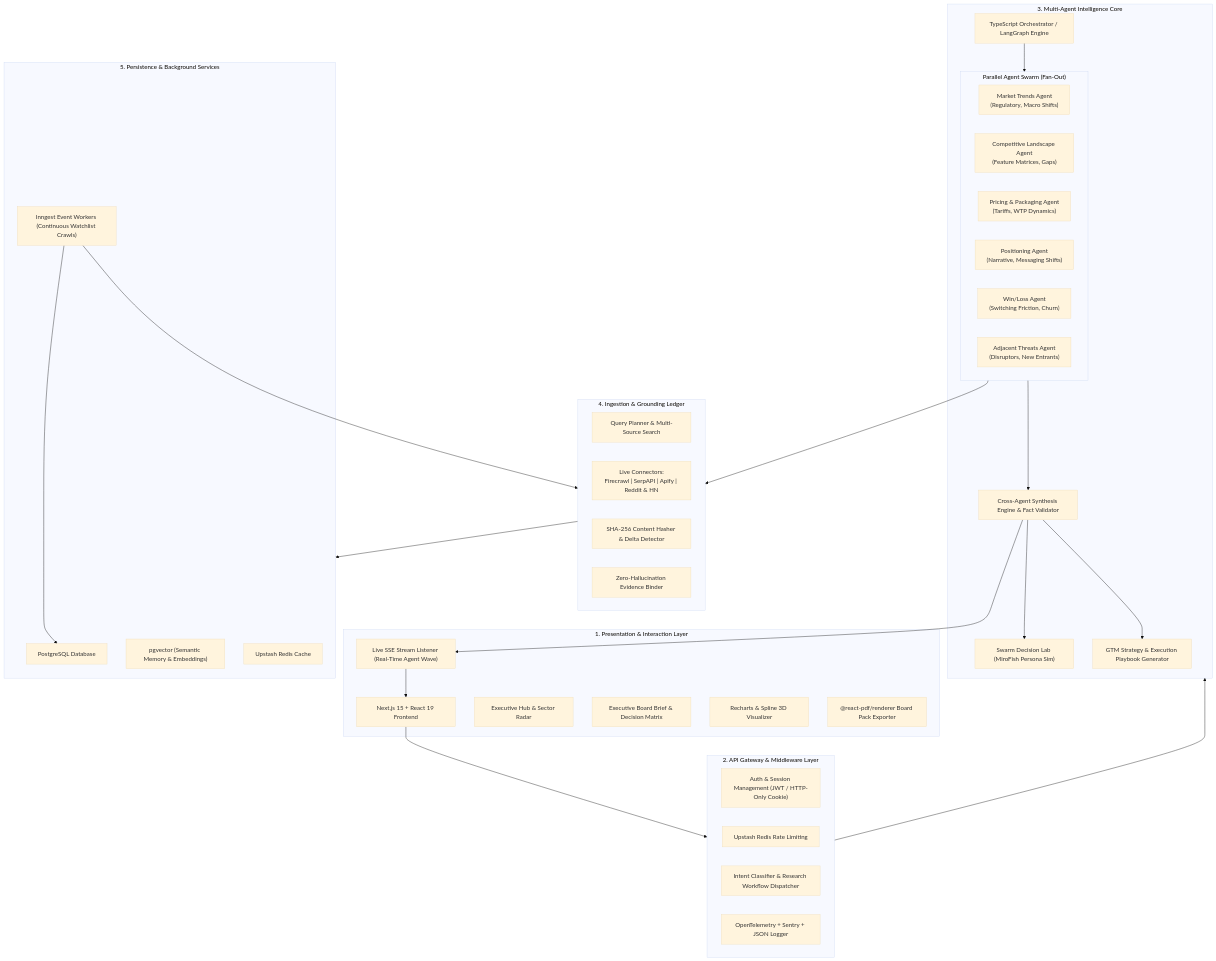
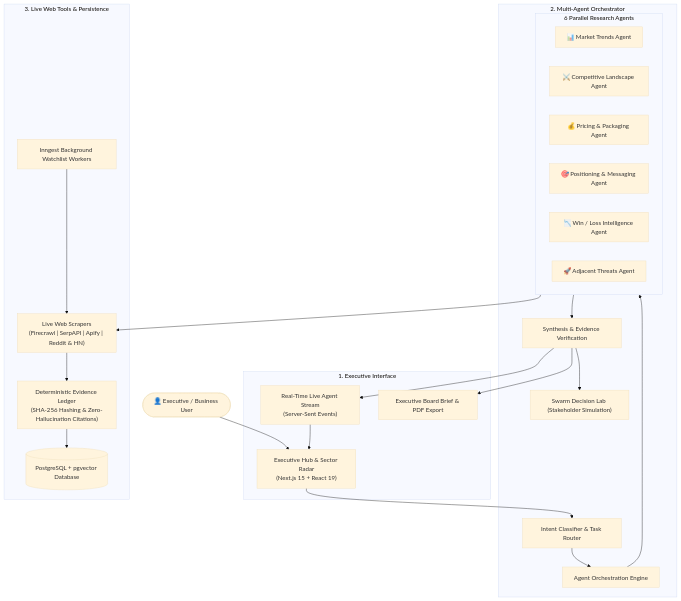
Before and after one commit to Pasidu-Mihiranga/Veracity: the diagram in README.md, drawn with Mermaid (base theme). The commit also changed other lines of this file, not shown here.

````diff
--- a/README.md
+++ b/README.md
@@ -80,63 +45,43 @@
 ```mermaid
-flowchart TB
-    subgraph PresentationLayer["1. Presentation & Interaction Layer"]
-        UI["Next.js 15 + React 19 Frontend"]
-        DASH["Executive Hub & Sector Radar"]
-        BOARD["Executive Board Brief & Decision Matrix"]
-        SSE_CLIENT["Live SSE Stream Listener (Real-Time Agent Wave)"]
-        CHARTS["Recharts & Spline 3D Visualizer"]
-        PDF["@react-pdf/renderer Board Pack Exporter"]
+flowchart TD
+    User(["👤 Executive / Business User"])
+
+    subgraph UI ["1. Executive Interface"]
+        Hub["Executive Hub & Sector Radar\n(Next.js 15 + React 19)"]
+        Stream["Real-Time Live Agent Stream\n(Server-Sent Events)"]
+        Export["Executive Board Brief & PDF Export"]
     end
 
-    subgraph APIGateway["2. API Gateway & Middleware Layer"]
-        AUTH["Auth & Session Management (JWT / HTTP-Only Cookie)"]
-        RATE["Upstash Redis Rate Limiting"]
-        ROUTER["Intent Classifier & Research Workflow Dispatcher"]
-        OBS["OpenTelemetry + Sentry + JSON Logger"]
+    subgraph Core ["2. Multi-Agent Orchestrator"]
+        Router["Intent Classifier & Task Router"]
+        Orch["Agent Orchestration Engine"]
+        
+        subgraph Swarm ["6 Parallel Research Agents"]
+            A1["📊 Market Trends Agent"]
+            A2["⚔️ Competitive Landscape Agent"]
+            A3["💰 Pricing & Packaging Agent"]
+            A4["🎯 Positioning & Messaging Agent"]
+            A5["📉 Win / Loss Intelligence Agent"]
+            A6["🚀 Adjacent Threats Agent"]
+        end
+        
+        Synth["Synthesis & Evidence Verification"]
+        Sim["Swarm Decision Lab (Stakeholder Simulation)"]
     end
 
-    subgraph AgentOrchestration["3. Multi-Agent Intelligence Core"]
-        ORCH["TypeScript Orchestrator / LangGraph Engine"]
-        
-        subgraph SpecializedAgents["Parallel Agent Swarm (Fan-Out)"]
-            A1["Market Trends Agent\n(Regulatory, Macro Shifts)"]
-            A2["Competitive Landscape Agent\n(Feature Matrices, Gaps)"]
-            A3["Pricing & Packaging Agent\n(Tariffs, WTP Dynamics)"]
-            A4["Positioning Agent\n(Narrative, Messaging Shifts)"]
-            A5["Win/Loss Agent\n(Switching Friction, Churn)"]
-            A6["Adjacent Threats Agent\n(Disruptors, New Entrants)"]
-        end
-
-        SYNTH["Cross-Agent Synthesis Engine & Fact Validator"]
-        SWARM["Swarm Decision Lab (MiroFish Persona Sim)"]
-        EXEC["GTM Strategy & Execution Playbook Generator"]
+    subgraph Data ["3. Live Web Tools & Persistence"]
+        Tools["Live Web Scrapers\n(Firecrawl | SerpAPI | Apify | Reddit & HN)"]
+        Ledger["Deterministic Evidence Ledger\n(SHA-256 Hashing & Zero-Hallucination Citations)"]
+        DB[("PostgreSQL + pgvector Database")]
+        Cron["Inngest Background Watchlist Workers"]
     end
 
-    subgraph IngestionVerification["4. Ingestion & Grounding Ledger"]
-        QPLAN["Query Planner & Multi-Source Search"]
-        TOOLS["Live Connectors:\nFirecrawl | SerpAPI | Apify | Reddit & HN"]
-        HASHER["SHA-256 Content Hasher & Delta Detector"]
-        GROUND["Zero-Hallucination Evidence Binder"]
-    end
-
-    subgraph PersistenceAsync["5. Persistence & Background Services"]
-        PG["PostgreSQL Database"]
-        PGV["pgvector (Semantic Memory & Embeddings)"]
-        REDIS["Upstash Redis Cache"]
-        INNGEST["Inngest Event Workers (Continuous Watchlist Crawls)"]
-    end
-
-    %% Flow Connections
-    UI --> APIGateway
-    APIGateway --> AgentOrchestration
-    ORCH --> SpecializedAgents
-    SpecializedAgents --> IngestionVerification
-    IngestionVerification --> PersistenceAsync
-    SpecializedAgents --> SYNTH
-    SYNTH --> SWARM
-    SYNTH --> EXEC
-    SYNTH --> SSE_CLIENT
-    SSE_CLIENT --> UI
-    INNGEST --> IngestionVerification
-    INNGEST --> PG
+    User --> Hub
+    Hub --> Router --> Orch
+    Orch --> Swarm
+    Swarm --> Tools --> Ledger --> DB
+    Swarm --> Synth --> Sim
+    Synth --> Stream --> Hub
+    Synth --> Export
+    Cron --> Tools
 ```
````
